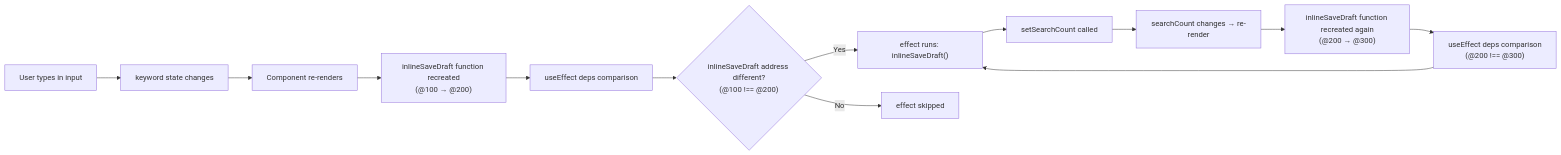
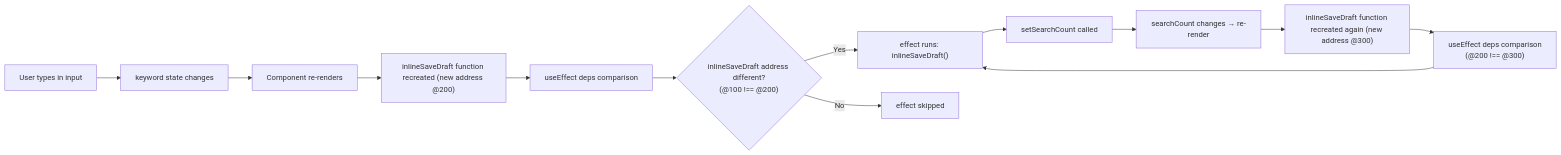
The seventh of 17 diagrams in markdown/2026-01-18/en/content.mdx (codefug/codefug.github.io), drawn with Mermaid before and after one commit. The commit also changed other lines of this file and 2 other files, not shown here.

````diff
--- a/markdown/2026-01-18/en/content.mdx
+++ b/markdown/2026-01-18/en/content.mdx
@@ -392,15 +345,15 @@
 ```mermaid
 flowchart LR
     A["User types in input"] --> B["keyword state changes"]
     B --> C["Component re-renders"]
-    C --> D["inlineSaveDraft function recreated<br/>(@100 → @200)"]
+    C --> D["inlineSaveDraft function recreated (new address @200)"]
     D --> E["useEffect deps comparison"]
     E --> F{"inlineSaveDraft address different?<br/>(@100 !== @200)"}
     F -->|Yes| G["effect runs: inlineSaveDraft()"]
     G --> H["setSearchCount called"]
     H --> I["searchCount changes → re-render"]
-    I --> J["inlineSaveDraft function recreated again<br/>(@200 → @300)"]
+    I --> J["inlineSaveDraft function recreated again (new address @300)"]
     J --> K["useEffect deps comparison<br/>(@200 !== @300)"]
     K --> G
     F -->|No| L["effect skipped"]
 ```
````
